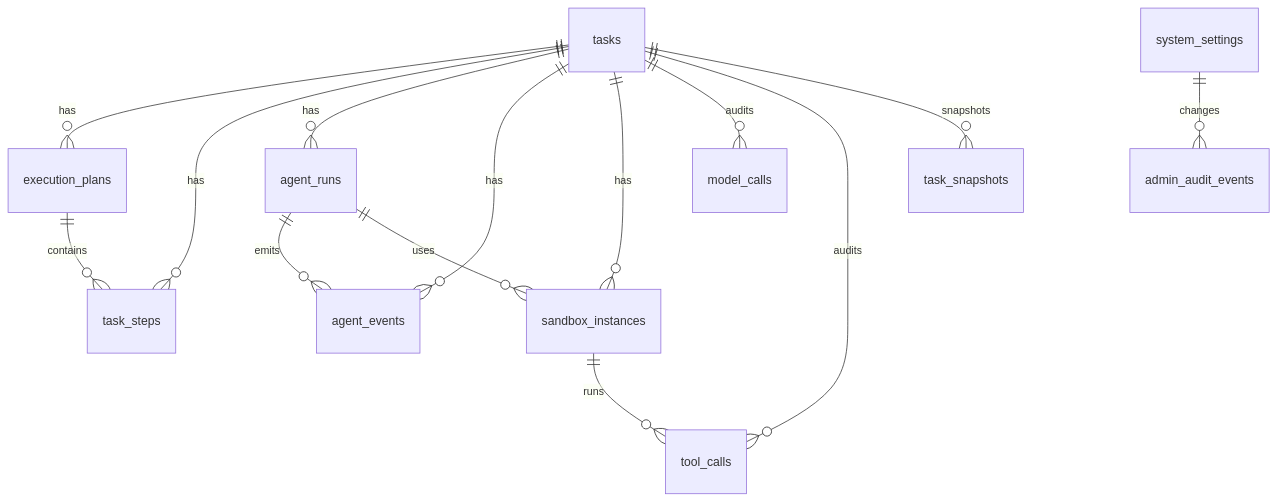
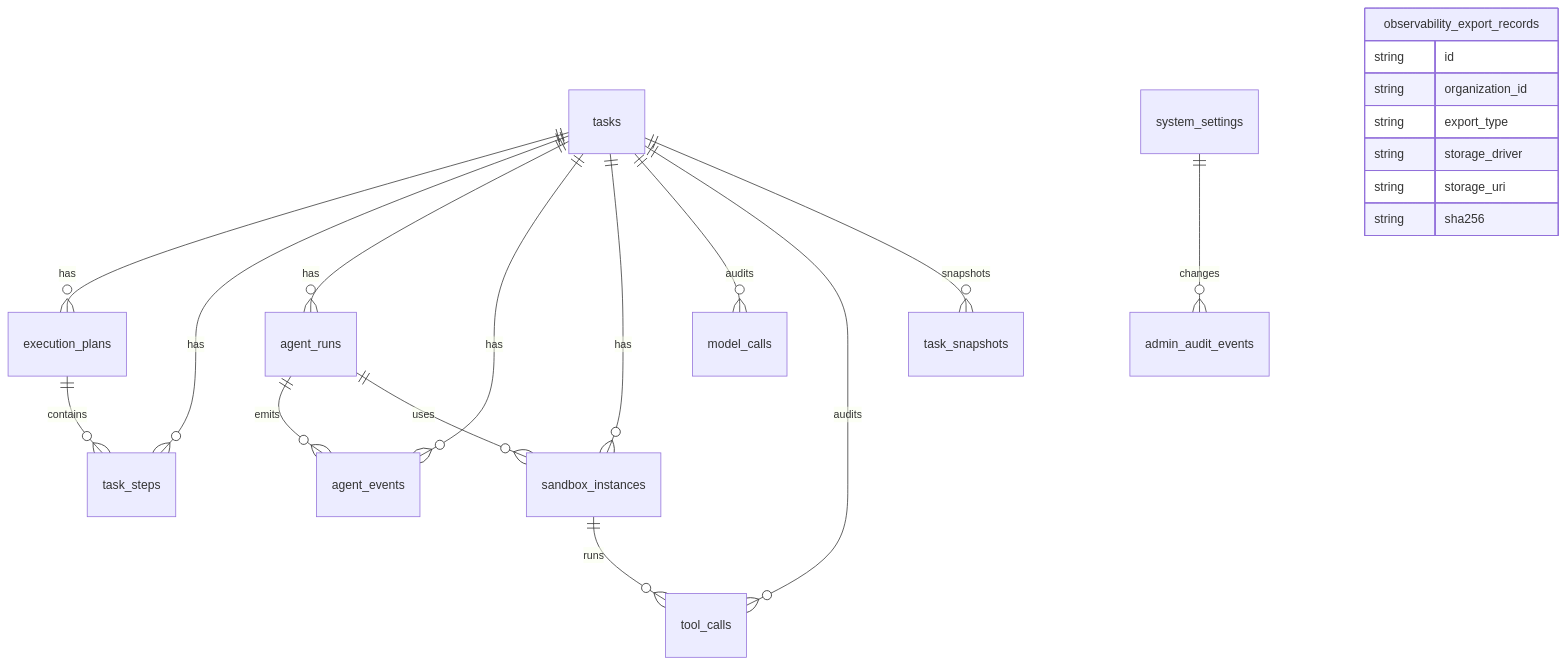
One commit to luohao0308/harness changed the diagram in docs/ai/reference/database-erd-migrations.md. Above: the diagram before and after it, drawn with Mermaid. The commit also changed other lines of this file and 25 other files, not shown here.

Commit message:
feat(observability): add export retention and span filters

````diff
--- a/docs/ai/reference/database-erd-migrations.md
+++ b/docs/ai/reference/database-erd-migrations.md
@@ -7,16 +7,24 @@
 ```mermaid
 erDiagram
     tasks ||--o{ execution_plans : has
     tasks ||--o{ task_steps : has
     tasks ||--o{ agent_runs : has
     tasks ||--o{ agent_events : has
     tasks ||--o{ sandbox_instances : has
     tasks ||--o{ model_calls : audits
     tasks ||--o{ tool_calls : audits
     tasks ||--o{ task_snapshots : snapshots
     execution_plans ||--o{ task_steps : contains
     agent_runs ||--o{ agent_events : emits
     agent_runs ||--o{ sandbox_instances : uses
     sandbox_instances ||--o{ tool_calls : runs
     system_settings ||--o{ admin_audit_events : changes
+    observability_export_records {
+        string id
+        string organization_id
+        string export_type
+        string storage_driver
+        string storage_uri
+        string sha256
+    }
 ```
````
